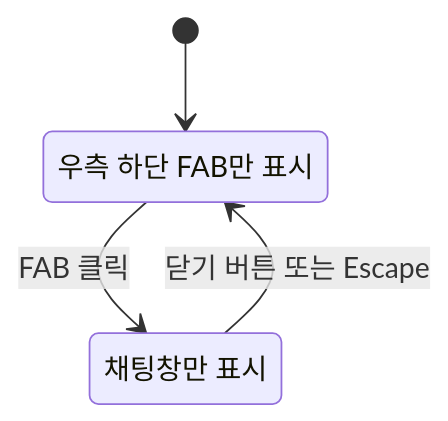
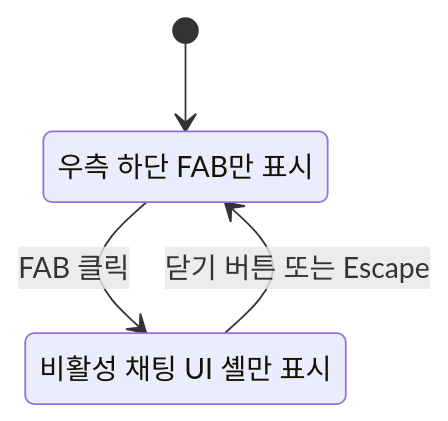
One commit to minhyeok328/Bread_map changed the diagram in docs/01-experience/design-system.md. Above: the diagram before and after it, drawn with Mermaid. The commit also changed other lines of this file and 3 other files, not shown here.

First line of the commit message:
docs(architecture): approve local-first SQLite MVP

````diff
--- a/docs/01-experience/design-system.md
+++ b/docs/01-experience/design-system.md
@@ -55,8 +55,8 @@
 ```mermaid
 stateDiagram-v2
     [*] --> Closed
     Closed: 우측 하단 FAB만 표시
     Closed --> Open: FAB 클릭
-    Open: 채팅창만 표시
+    Open: 비활성 채팅 UI 셸만 표시
     Open --> Closed: 닫기 버튼 또는 Escape
 ```
````
